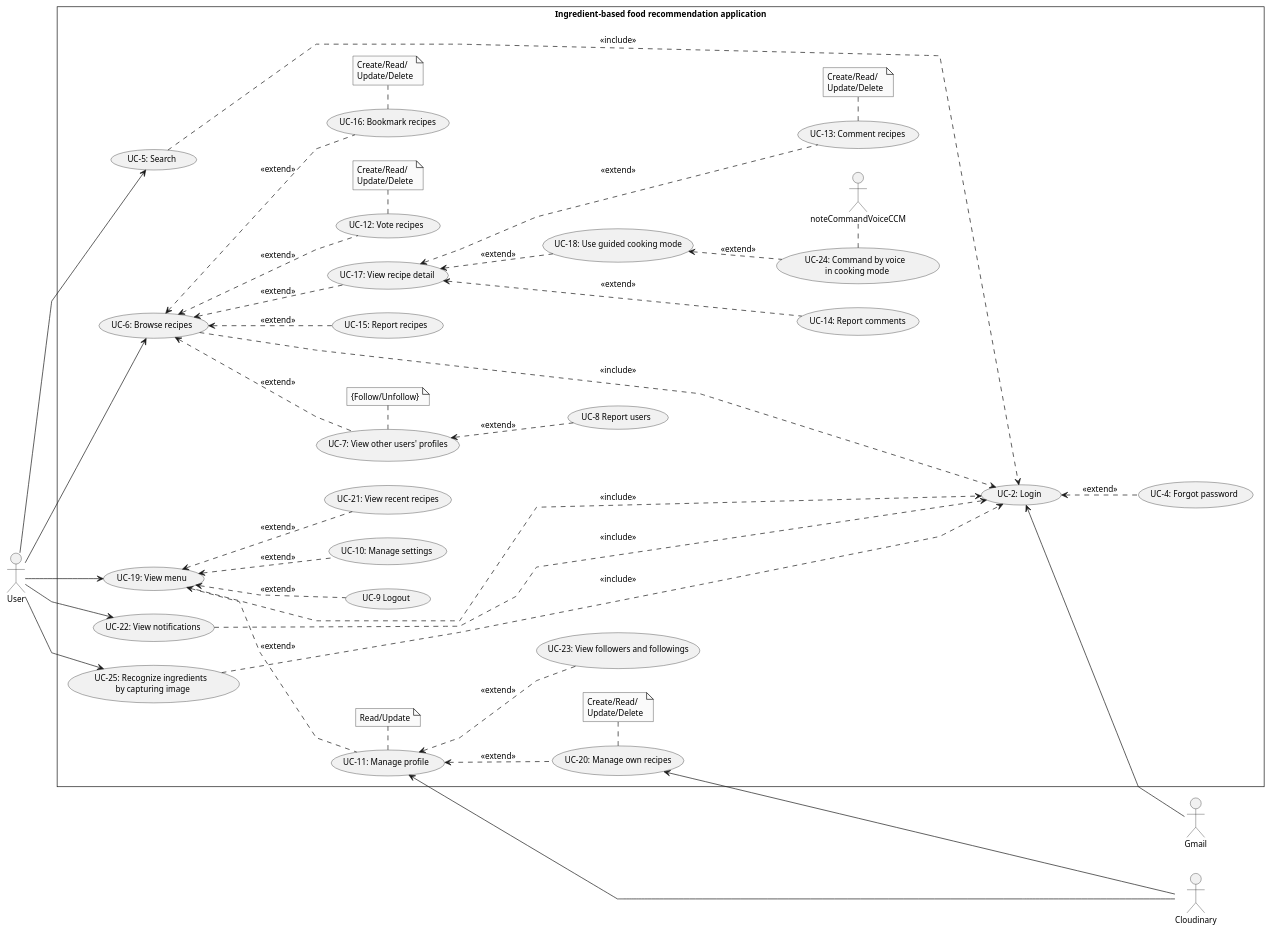
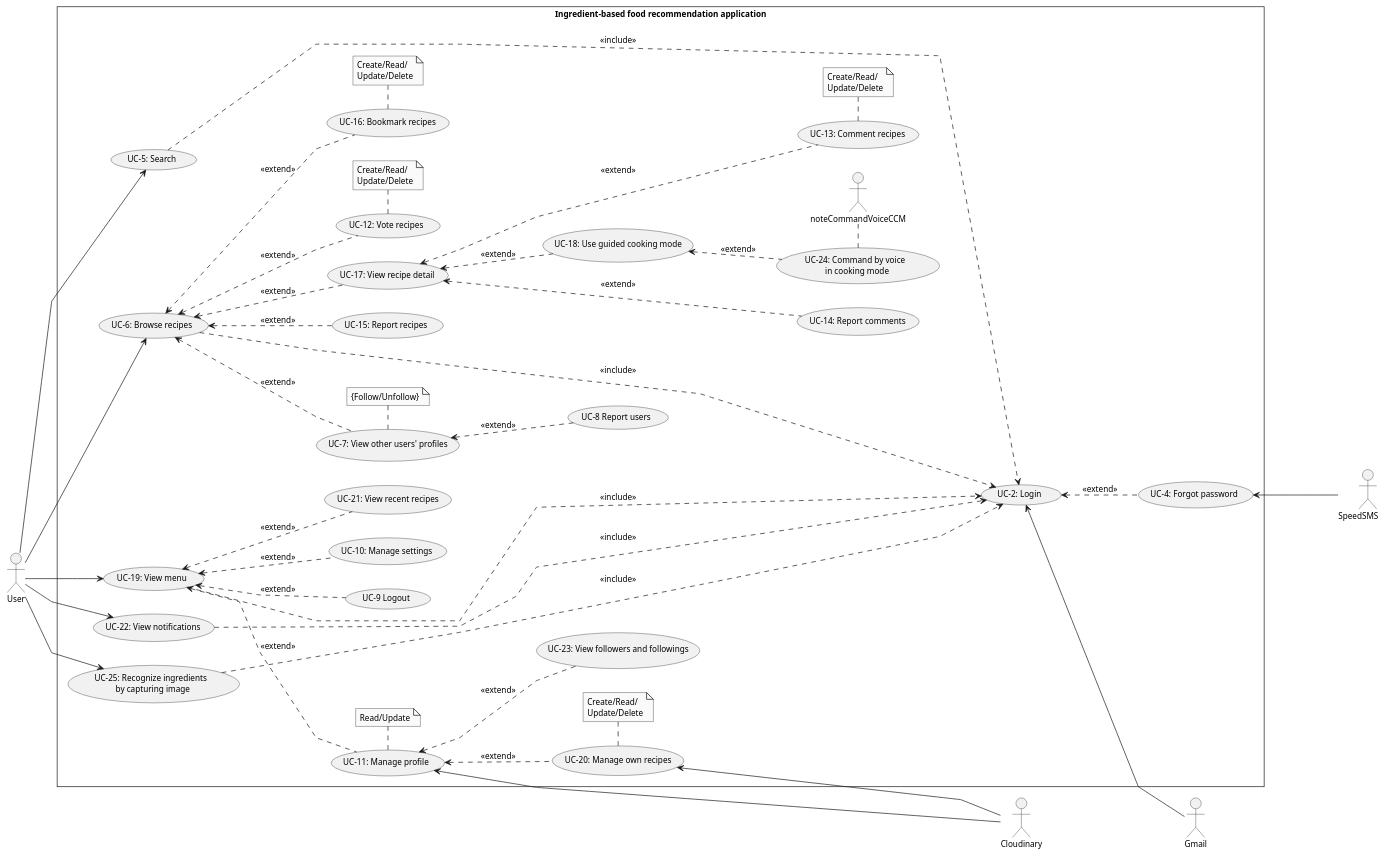
Before and after one commit to Carl-Johnsons/tastopia: the diagram in doc/SRS/Usecase/UserUsecase/UserUsecase.plantuml, drawn with PlantUML. The commit also changed 2 other files, not shown here.

```diff
--- a/doc/SRS/Usecase/UserUsecase/UserUsecase.plantuml
+++ b/doc/SRS/Usecase/UserUsecase/UserUsecase.plantuml
@@ -1,96 +1,98 @@
 @startuml UserUsecase
 skinparam style strictuml
 skinparam monochrome true
 skinparam linetype polyline
 skinparam defaultFontSize 12
 left to right direction
 actor "User" as user
 actor "Gmail" as gmail
 actor "Cloudinary" as cl
+actor "SpeedSMS         " as sms
 
 rectangle Ingredient-based<U+0020>food<U+0020>recommendation<U+0020>application {
     usecase "UC-2: Login" as ucLogin
     usecase "UC-4: Forgot password" as ucForgotPassword
     usecase "UC-8 Report users" as ucReportUser
     usecase "UC-9 Logout" as ucLogout
     usecase "UC-10: Manage settings" as ucManageSetting
     usecase "UC-11: Manage profile" as ucManageProfile
 
     usecase "UC-5: Search" as ucSearch
     usecase "UC-6: Browse recipes" as ucBrowseRecipes
     usecase "UC-12: Vote recipes" as ucVoteRecipe
     usecase "UC-13: Comment recipes" as ucCmtRecipe
     usecase "UC-14: Report comments" as ucReportComment
     usecase "UC-15: Report recipes" as ucReportRecipe
     usecase "UC-16: Bookmark recipes" as ucBookmarkRecipe
     usecase "UC-17: View recipe detail" as ucViewRecipeDetail
     usecase "UC-18: Use guided cooking mode" as ucGuidedCCM
     usecase "UC-7: View other users' profiles" as ucViewUSProfile
 
     usecase "UC-19: View menu" as ucViewMenu
     usecase "UC-20: Manage own recipes" as ucManageRecipe
     usecase "UC-21: View recent recipes" as ucViewRecentRecipes
 
     usecase "UC-22: View notifications" as ucViewNotif
     usecase "UC-23: View followers and followings" as ucViewFollow
 
     note "Create/Read/\nUpdate/Delete" as noteManageRecipe
     note "Read/Update" as noteManageProfile
     note "Create/Read/\nUpdate/Delete" as noteVoteRecipe
     note "Create/Read/\nUpdate/Delete" as noteCmtRecipe
     note "Create/Read/\nUpdate/Delete" as noteBookmarkRecipe
     note "{Follow/Unfollow}" as noteViewUSProfile
 
     user --> ucSearch
 
     user --> ucBrowseRecipes
         ucBrowseRecipes <.. ucVoteRecipe : <<extend>>
             ucVoteRecipe . noteVoteRecipe
         ucBrowseRecipes <.. ucReportRecipe : <<extend>>
         ucBrowseRecipes <.. ucViewRecipeDetail : <<extend>>
             ucViewRecipeDetail <... ucCmtRecipe : <<extend>>
                 ucCmtRecipe . noteCmtRecipe
             ucViewRecipeDetail <... ucReportComment : <<extend>>
             ucViewRecipeDetail <.. ucGuidedCCM : <<extend>>
         ucBrowseRecipes <.. ucBookmarkRecipe : <<extend>>
             ucBookmarkRecipe . noteBookmarkRecipe
         ucBrowseRecipes <.. ucViewUSProfile : <<extend>>
             ucViewUSProfile . noteViewUSProfile
             ucViewUSProfile <.. ucReportUser : <<extend>>
 
     user --> ucViewMenu
         ucViewMenu <.. ucManageProfile : <<extend>>
             ucManageProfile . noteManageProfile
             ucManageProfile <.. ucManageRecipe : <<extend>>
             ucManageProfile <.. ucViewFollow : <<extend>>
                 ucManageRecipe . noteManageRecipe
         ucViewMenu <.. ucManageSetting : <<extend>>
         ucViewMenu <.. ucViewRecentRecipes : <<extend>>
         ucViewMenu <.. ucLogout : <<extend>>
 
     user --> ucViewNotif
     
     gmail -up-> ucLogin
-    cl --up--> ucManageProfile
-    cl --up--> ucManageRecipe
+    cl --up-> ucManageProfile
+    cl --up-> ucManageRecipe
+    sms --up-> ucForgotPassword
 
     ucSearch .....> ucLogin : <<include>>
     ucBrowseRecipes .....> ucLogin : <<include>>
     ucViewMenu .....> ucLogin : <<include>>
     ucViewNotif .....>ucLogin : <<include>>
     ucLogin <.. ucForgotPassword : <<extend>>
 
 
     usecase "UC-24: Command by voice \n in cooking mode" as ucCommandVoiceCCM
     usecase "UC-25: Recognize ingredients \n by capturing image" as ucRecognizeIngre
 
 
     user --> ucRecognizeIngre
     ucGuidedCCM <.. ucCommandVoiceCCM : <<extend>>
         ucCommandVoiceCCM . noteCommandVoiceCCM
 
     ucRecognizeIngre .....> ucLogin : <<include>>
 
 }
 
 @enduml
```
